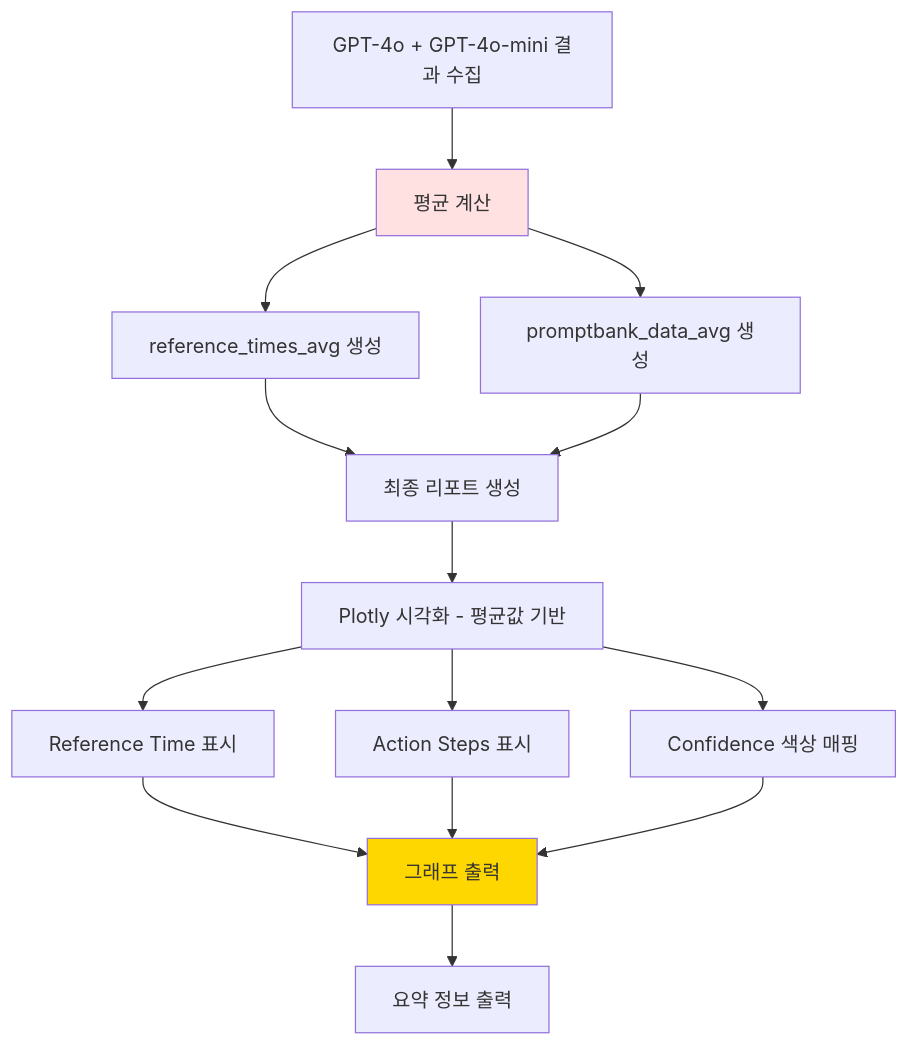
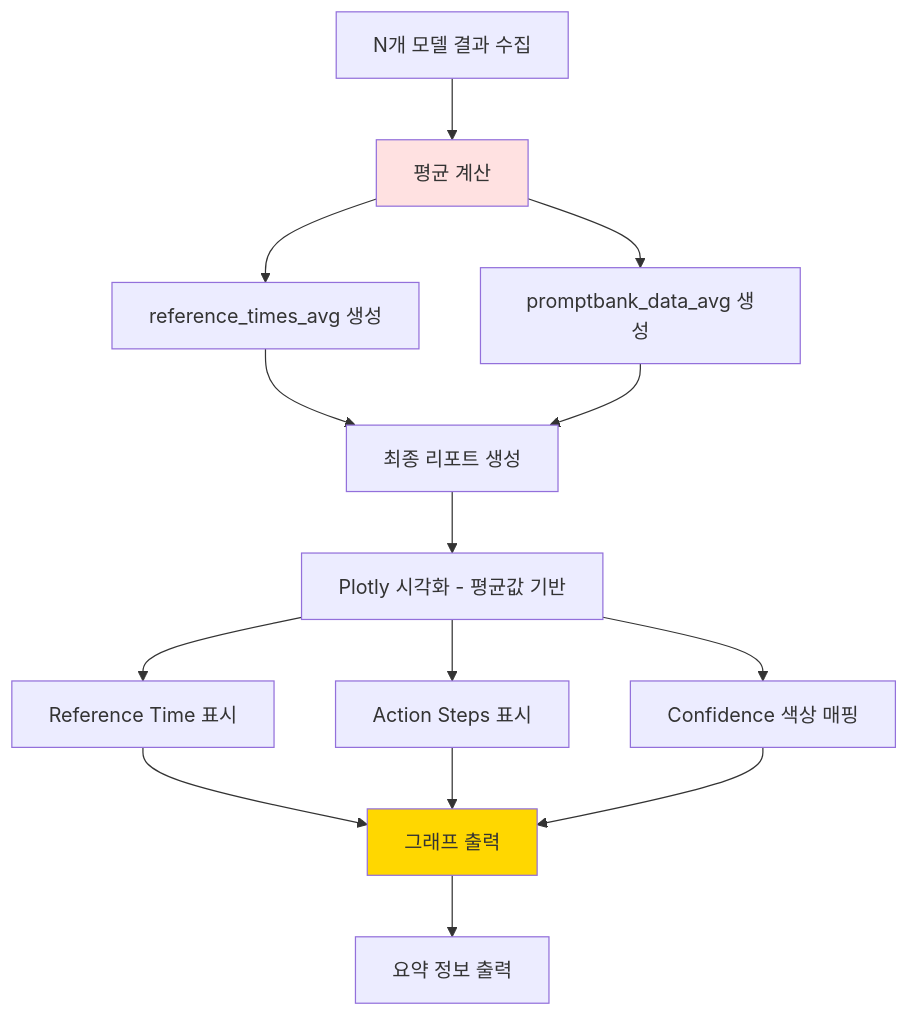
Before and after one commit to BrianTakion/AI_inhaler_Langgraph: the fourth of 12 diagrams in app/ARCHITECTURE.md, drawn with Mermaid. The commit also changed other lines of this file and 29 other files, not shown here.

````diff
--- a/app/ARCHITECTURE.md
+++ b/app/ARCHITECTURE.md
@@ -185,23 +153,23 @@
 ```mermaid
 graph TD
-    A[GPT-4o + GPT-4o-mini 결과 수집] --> B[평균 계산]
+    A[N개 모델 결과 수집] --> B[평균 계산]
     B --> C[reference_times_avg 생성]
     B --> D[promptbank_data_avg 생성]
 
     C --> E[최종 리포트 생성]
     D --> E
 
     E --> F[Plotly 시각화 - 평균값 기반]
     F --> G[Reference Time 표시]
     F --> H[Action Steps 표시]
     F --> I[Confidence 색상 매핑]
 
     G --> J[그래프 출력]
     H --> J
     I --> J
 
     J --> K[요약 정보 출력]
 
     style B fill:#ffe1e1
     style J fill:#FFD700
 ```
````
